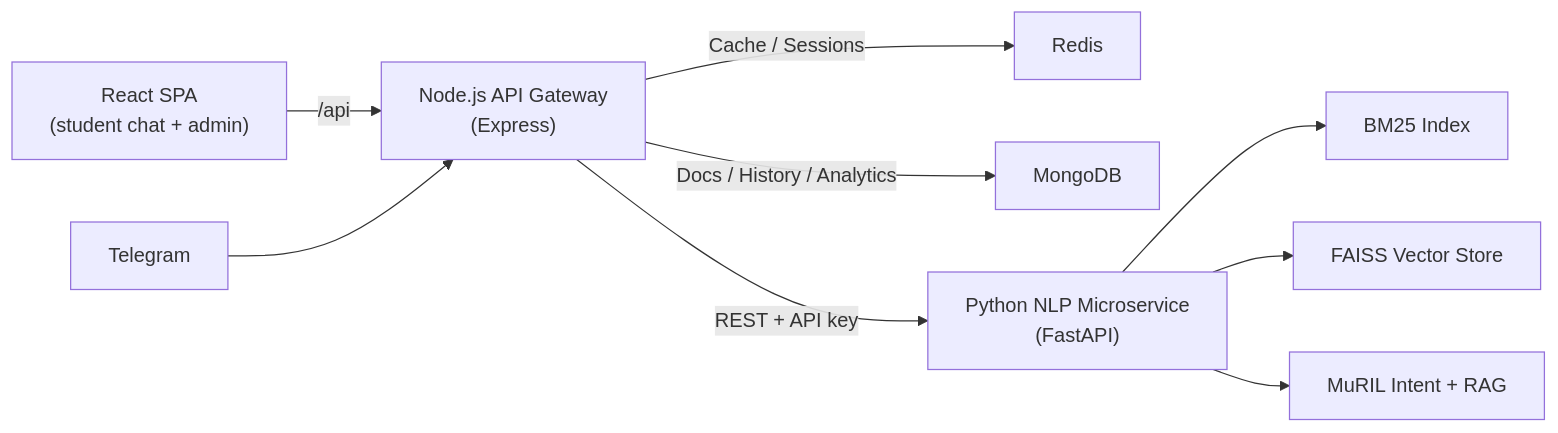
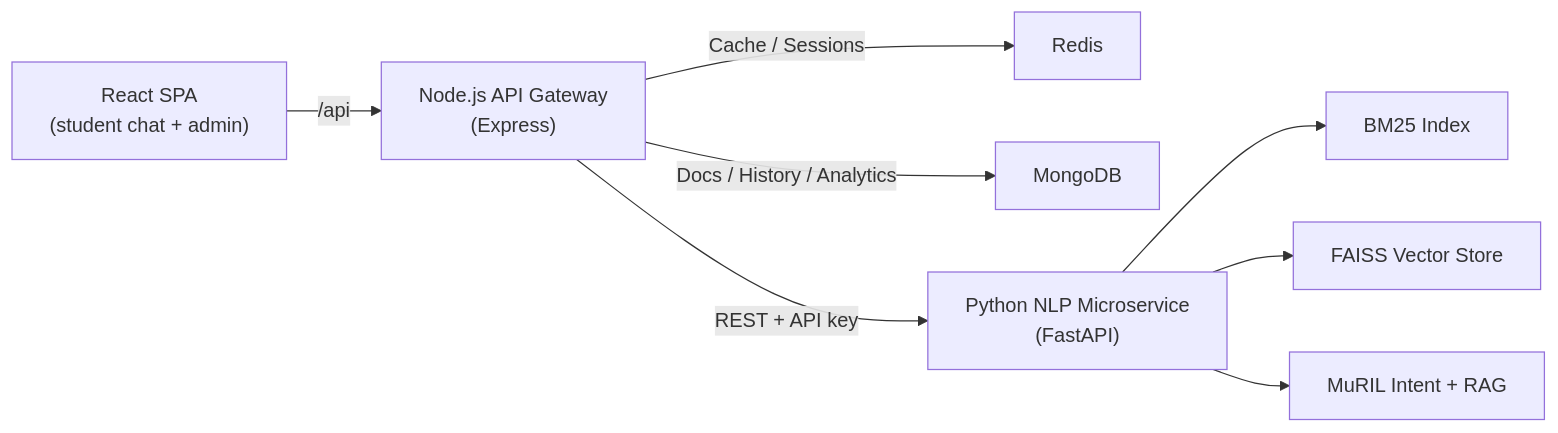
One commit to miral14022006/CampusMate changed the diagram in README.md. Above: the diagram before and after it, drawn with Mermaid. The commit also changed other lines of this file and 101 other files, not shown here.

````diff
--- a/README.md
+++ b/README.md
@@ -17,11 +17,10 @@
 ```mermaid
 flowchart LR
     S["React SPA<br/>(student chat + admin)"] -->|/api| B["Node.js API Gateway<br/>(Express)"]
     B -->|Cache / Sessions| C["Redis"]
     B -->|Docs / History / Analytics| D["MongoDB"]
     B -->|REST + API key| E["Python NLP Microservice<br/>(FastAPI)"]
     E --> F["BM25 Index"]
     E --> G["FAISS Vector Store"]
     E --> H["MuRIL Intent + RAG"]
-    T["Telegram"] --> B
 ```
````
